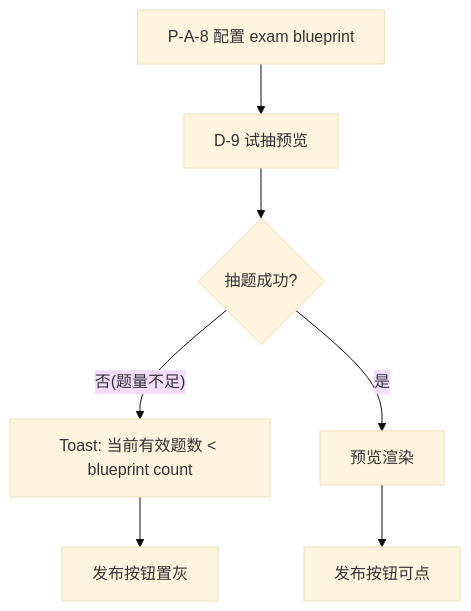
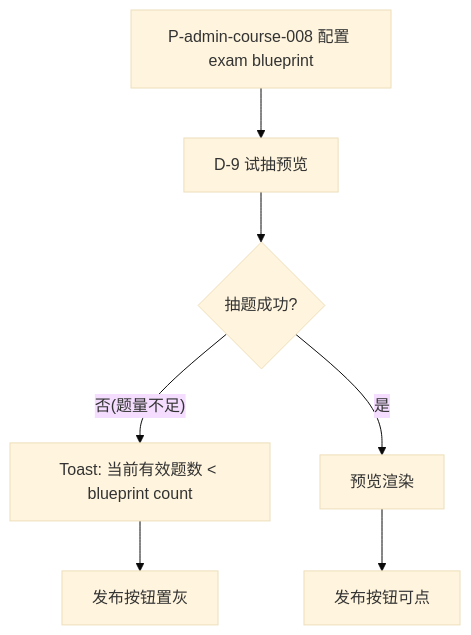
Before and after one commit to foryou2026/chinese: the second of 7 diagrams in docs/C01-requirements/course/flows/exception-flow.md, drawn with Mermaid (base theme). The commit also changed other lines of this file and 423 other files, not shown here.

````diff
--- a/docs/C01-requirements/course/flows/exception-flow.md
+++ b/docs/C01-requirements/course/flows/exception-flow.md
@@ -20,9 +20,9 @@
 ```mermaid
 flowchart TD
-  A[P-A-8 配置 exam blueprint] --> B[D-9 试抽预览]
+  A[P-admin-course-008 配置 exam blueprint] --> B[D-9 试抽预览]
   B --> C{抽题成功?}
   C -- 否(题量不足) --> D[Toast: 当前有效题数 < blueprint count]
   D --> E[发布按钮置灰]
   C -- 是 --> F[预览渲染]
   F --> G[发布按钮可点]
 ```
````
